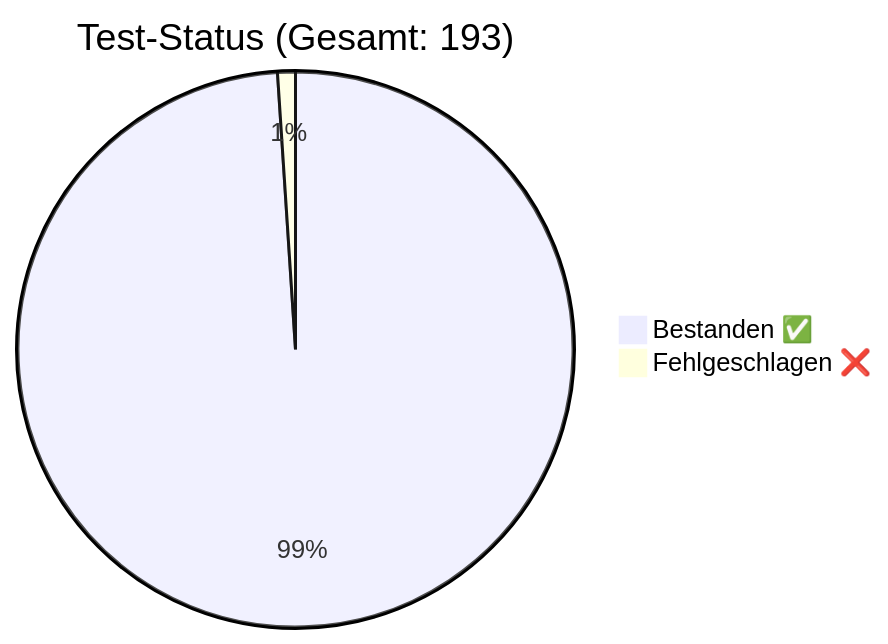
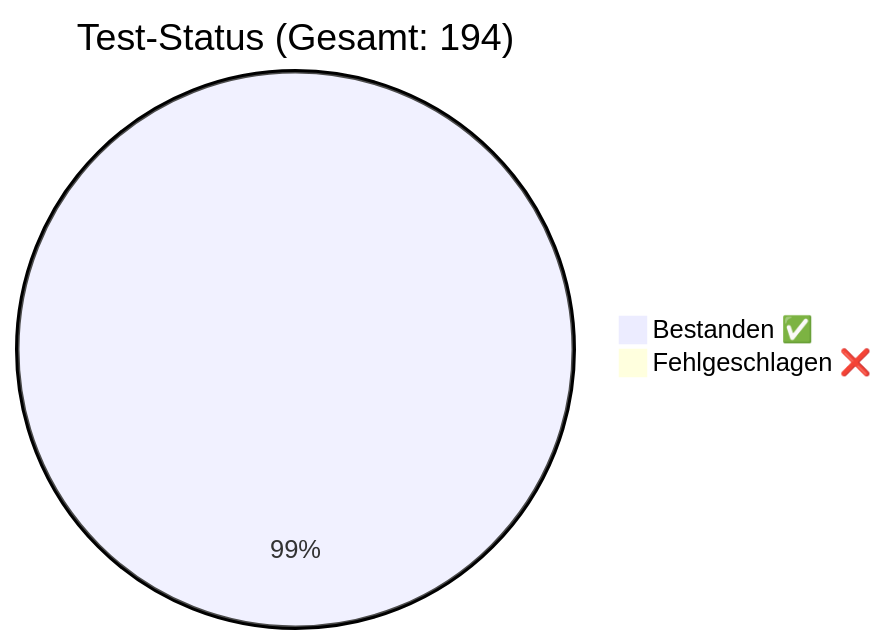
The diagram in docs/QA_Report.md (rorila/GCS), drawn with Mermaid before and after one commit. The commit also changed other lines of this file and 12 other files, not shown here.

````diff
--- a/docs/QA_Report.md
+++ b/docs/QA_Report.md
@@ -7,5 +7,5 @@
 ```mermaid
-pie title Test-Status (Gesamt: 193)
-    "Bestanden ✅" : 191
-    "Fehlgeschlagen ❌" : 2
+pie title Test-Status (Gesamt: 194)
+    "Bestanden ✅" : 193
+    "Fehlgeschlagen ❌" : 1
 ```
````
